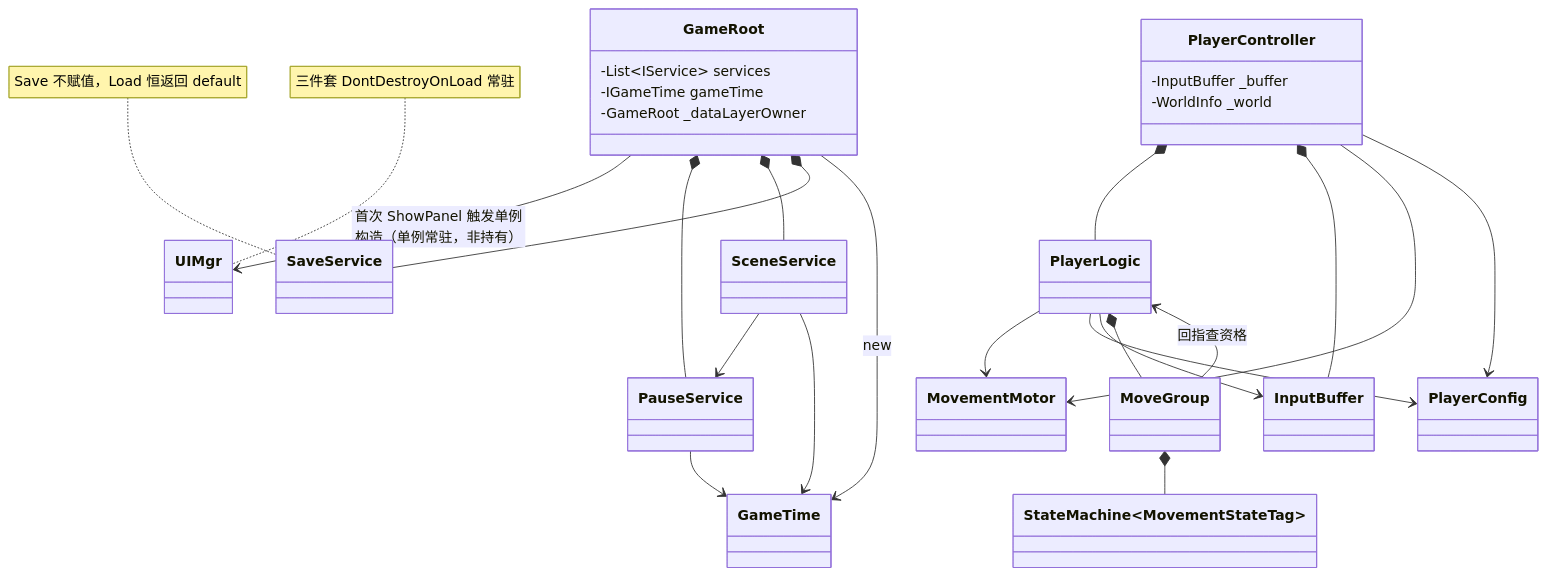
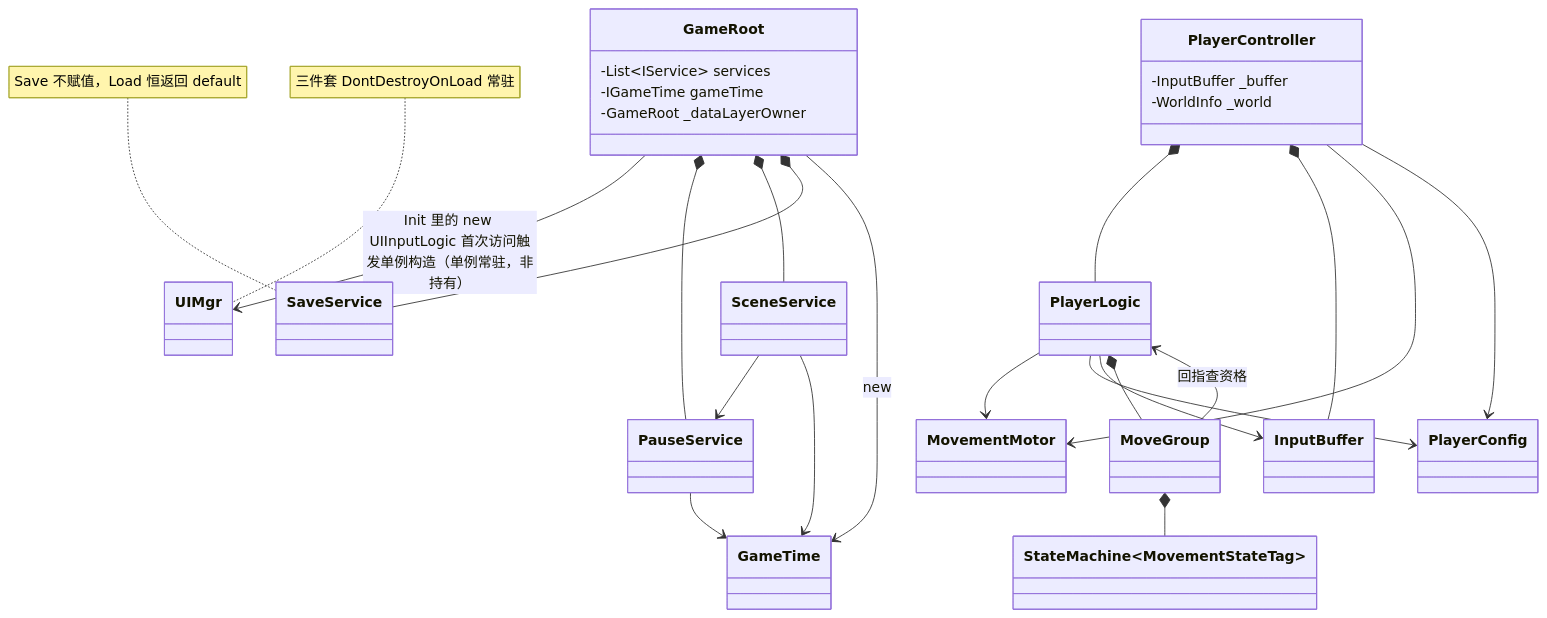
Before and after one commit to 5FYZhou/deepseaoil: the sixth of 16 diagrams in Docs/框架设计/架构图集.md, drawn with Mermaid. The commit also changed other lines of this file and 152 other files, not shown here.

````diff
--- a/Docs/框架设计/架构图集.md
+++ b/Docs/框架设计/架构图集.md
@@ -274,44 +277,44 @@
 ```mermaid
 classDiagram
   direction TB
   class GameRoot {
     -List~IService~ services
     -IGameTime gameTime
     -GameRoot _dataLayerOwner
   }
   class PlayerController {
     -InputBuffer _buffer
     -WorldInfo _world
   }
   class PlayerLogic
   class MoveGroup
   class StateMachine~MovementStateTag~
   class InputBuffer
   class MovementMotor
   class PlayerConfig
   class PauseService
   class SceneService
   class SaveService
   class GameTime
   class UIMgr
-  GameRoot --> UIMgr : 首次 ShowPanel 触发单例构造（单例常驻，非持有）
+  GameRoot --> UIMgr : Init 里的 new UIInputLogic 首次访问触发单例构造（单例常驻，非持有）
   GameRoot *-- PauseService
   GameRoot *-- SceneService
   GameRoot *-- SaveService
   GameRoot --> GameTime : new
   PauseService --> GameTime
   SceneService --> PauseService
   SceneService --> GameTime
   PlayerController *-- PlayerLogic
   PlayerController *-- InputBuffer
   PlayerController --> MovementMotor
   PlayerController --> PlayerConfig
   PlayerLogic --> MovementMotor
   PlayerLogic --> PlayerConfig
   PlayerLogic --> InputBuffer
   PlayerLogic *-- MoveGroup
   MoveGroup --> PlayerLogic : 回指查资格
   MoveGroup *-- StateMachine~MovementStateTag~
   note for SaveService "Save 不赋值，Load 恒返回 default"
   note for UIMgr "三件套 DontDestroyOnLoad 常驻"
 ```
````
